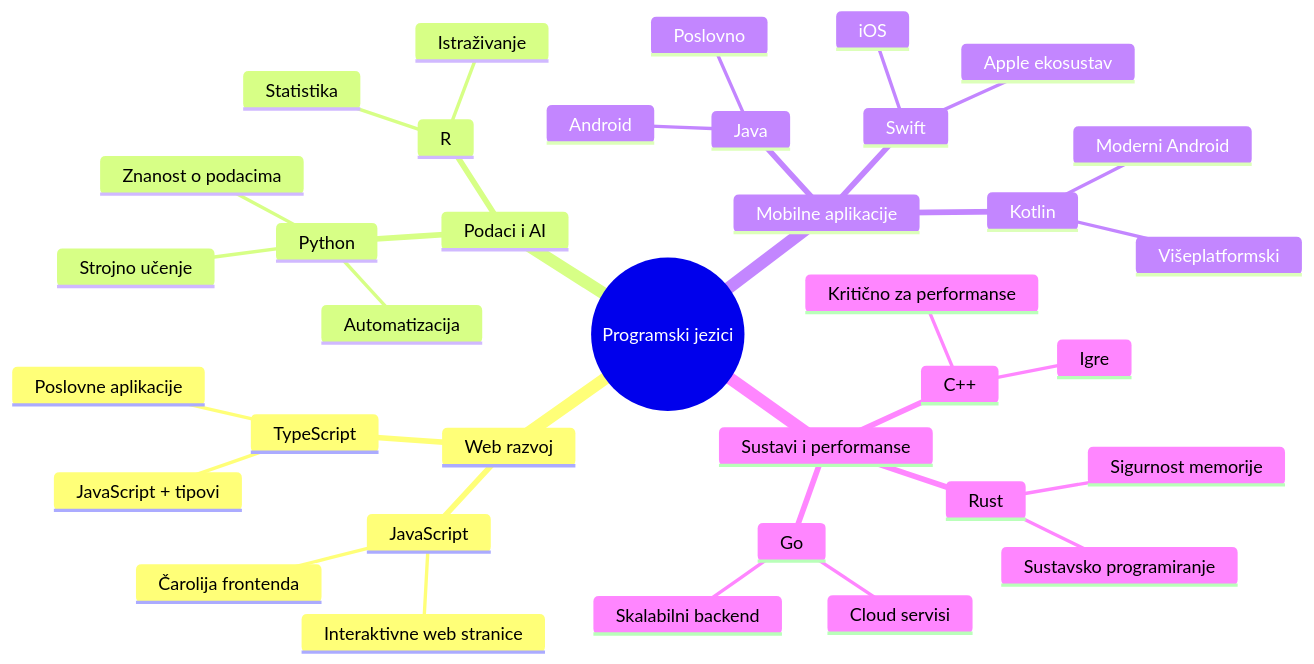
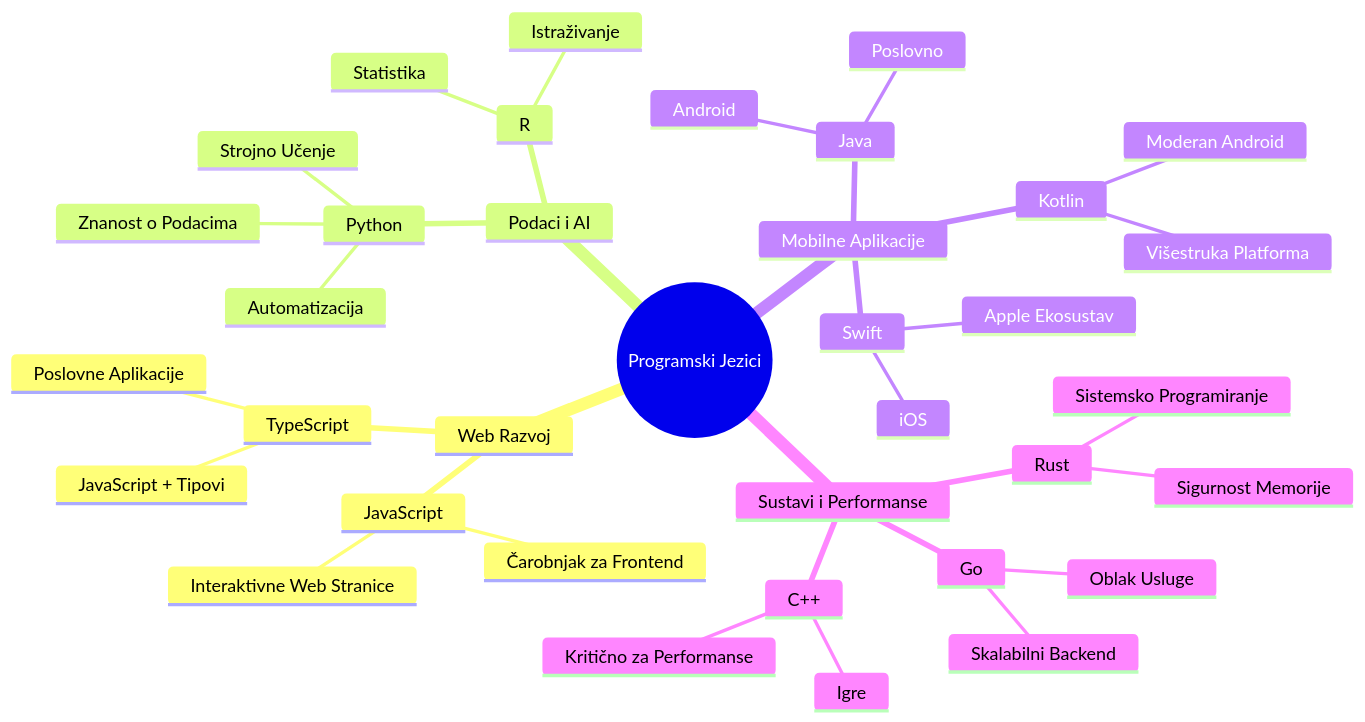
The second of 7 diagrams in translations/hr/1-getting-started-lessons/1-intro-to-programming-languages/README.md (microsoft/Web-Dev-For-Beginners), drawn with Mermaid before and after one commit. The commit also changed other lines of this file and 11 other files, not shown here.

````diff
--- a/translations/hr/1-getting-started-lessons/1-intro-to-programming-languages/README.md
+++ b/translations/hr/1-getting-started-lessons/1-intro-to-programming-languages/README.md
@@ -85,39 +85,39 @@
 ```mermaid
 mindmap
-  root((Programski jezici))
-    Web razvoj
+  root((Programski Jezici))
+    Web Razvoj
       JavaScript
-        Čarolija frontenda
-        Interaktivne web stranice
+        Čarobnjak za Frontend
+        Interaktivne Web Stranice
       TypeScript
-        JavaScript + tipovi
-        Poslovne aplikacije
+        JavaScript + Tipovi
+        Poslovne Aplikacije
     Podaci i AI
       Python
-        Znanost o podacima
-        Strojno učenje
+        Znanost o Podacima
+        Strojno Učenje
         Automatizacija
       R
         Statistika
         Istraživanje
-    Mobilne aplikacije
+    Mobilne Aplikacije
       Java
         Android
         Poslovno
       Swift
         iOS
-        Apple ekosustav
+        Apple Ekosustav
       Kotlin
-        Moderni Android
-        Višeplatformski
-    Sustavi i performanse
+        Moderan Android
+        Višestruka Platforma
+    Sustavi i Performanse
       C++
         Igre
-        Kritično za performanse
+        Kritično za Performanse
       Rust
-        Sigurnost memorije
-        Sustavsko programiranje
+        Sigurnost Memorije
+        Sistemsko Programiranje
       Go
-        Cloud servisi
-        Skalabilni backend
+        Oblak Usluge
+        Skalabilni Backend
 ```
````
